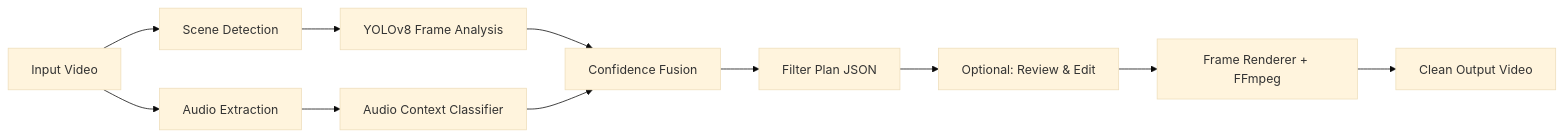
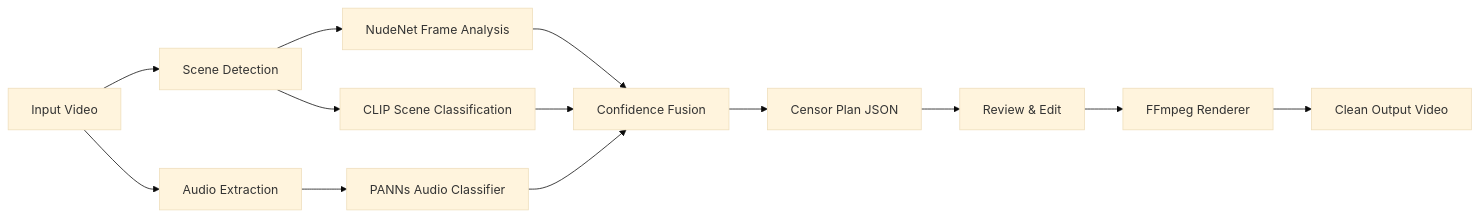
The diagram in README.md (MayonaiseLover/PureFrame), drawn with Mermaid (base theme) before and after one commit. The commit also changed other lines of this file and 24 other files, not shown here.

````diff
--- a/README.md
+++ b/README.md
@@ -65,13 +100,15 @@
 ```mermaid
 graph LR
     A[Input Video] --> B[Scene Detection]
     A --> C[Audio Extraction]
-    B --> D[YOLOv8 Frame Analysis]
-    C --> E[Audio Context Classifier]
+    B --> D[NudeNet Frame Analysis]
+    B --> D2[CLIP Scene Classification]
+    C --> E[PANNs Audio Classifier]
     D --> F[Confidence Fusion]
+    D2 --> F
     E --> F
-    F --> G[Filter Plan JSON]
-    G --> H[Optional: Review & Edit]
-    H --> I[Frame Renderer + FFmpeg]
+    F --> G[Censor Plan JSON]
+    G --> H[Review & Edit]
+    H --> I[FFmpeg Renderer]
     I --> J[Clean Output Video]
 ```
````
